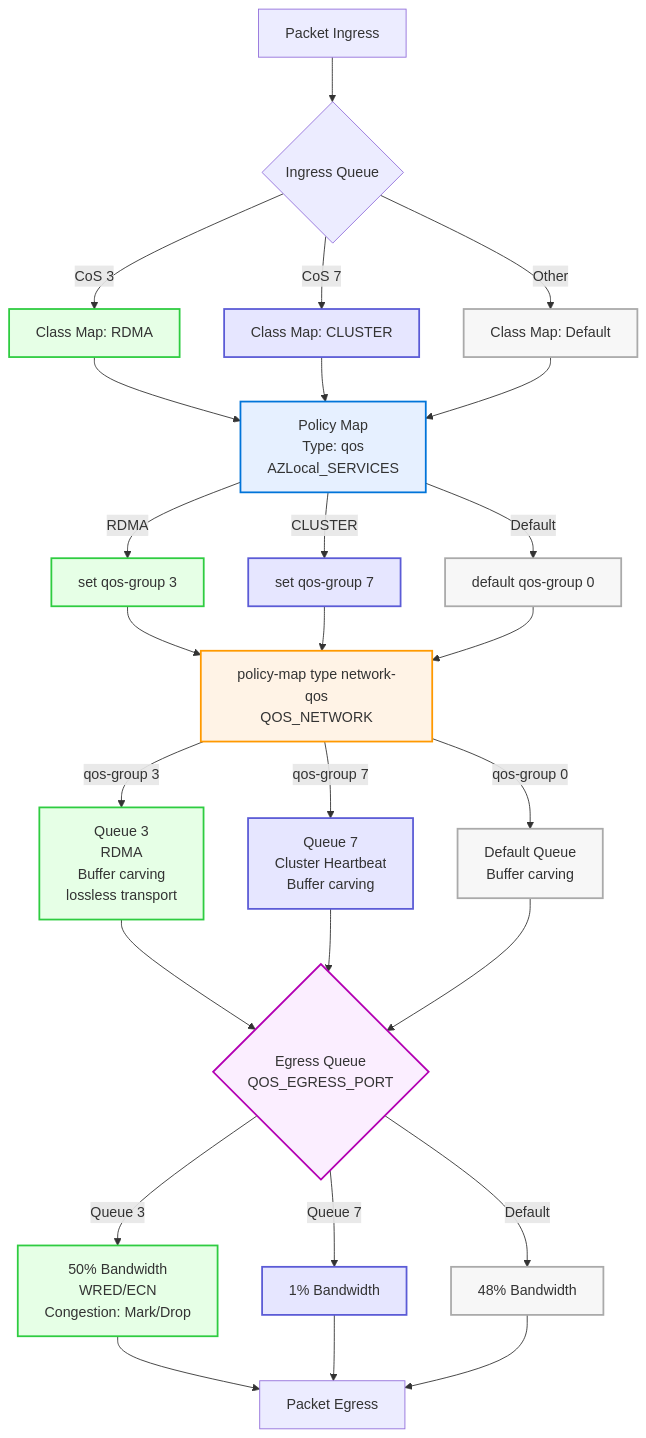
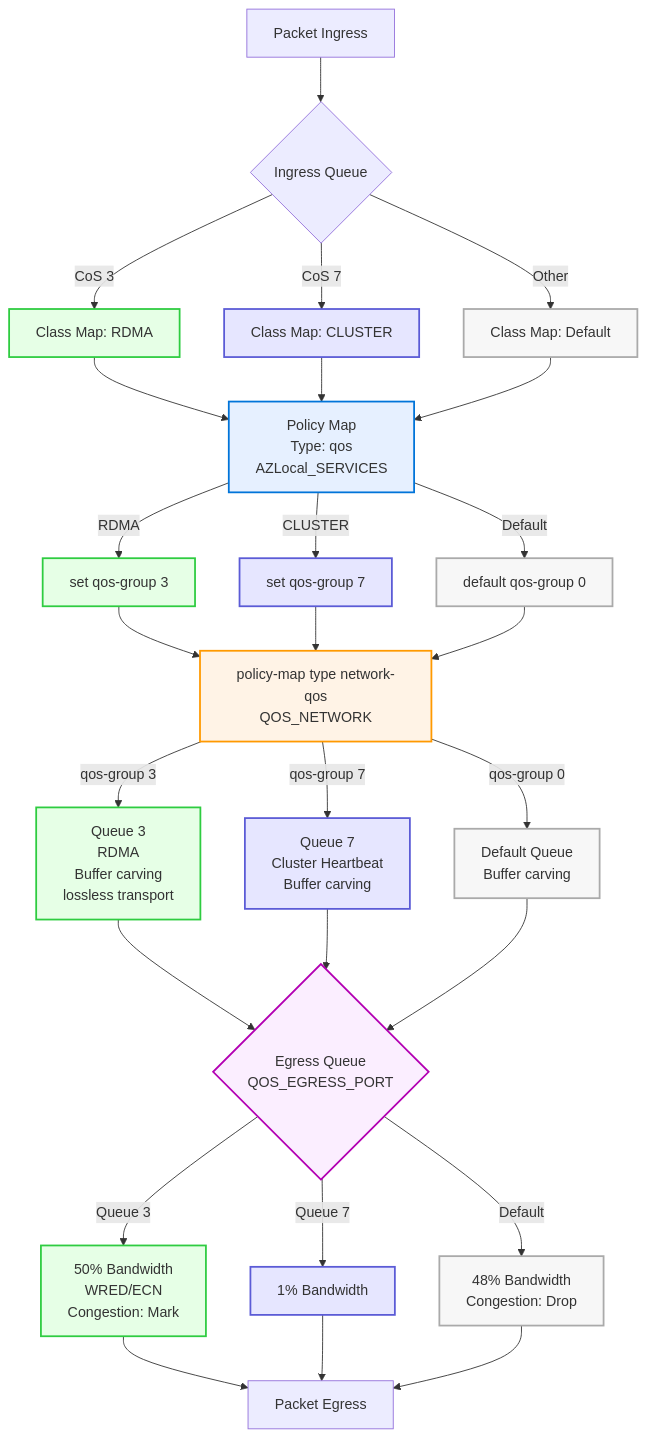
Before and after one commit to Azure/AzureLocal-Supportability: the diagram in TSG/Networking/qos.md, drawn with Mermaid.

Commit message:
Update QoS flowchart to clarify congestion management for Queue 3 and Default class

````diff
--- a/TSG/Networking/qos.md
+++ b/TSG/Networking/qos.md
@@ -5,43 +5,43 @@
 ```mermaid
 flowchart TD
   A[Packet Ingress]:::ingress --> B{Ingress Queue}:::ingressqueue
   B -- CoS 3 --> C[Class Map: RDMA]:::cos3
   B -- CoS 7 --> D[Class Map: CLUSTER]:::cos7
   B -- Other --> E[Class Map: Default]:::defaultclass
 
   C --> F[Policy Map<br>Type: qos<br>AZLocal_SERVICES]:::qosmap
   D --> F
   E --> F
 
   F -- RDMA --> F3[set qos-group 3]:::cos3
   F -- CLUSTER --> G7[set qos-group 7]:::cos7
   F -- Default --> H0[default qos-group 0]:::defaultclass
 
   F3 --> X[policy-map type network-qos<br>QOS_NETWORK]:::networkqos
   G7 --> X
   H0 --> X
 
   X -- qos-group 3 --> J[Queue 3<br>RDMA<br>Buffer carving<br>lossless transport]:::cos3
   X -- qos-group 7 --> K[Queue 7<br>Cluster Heartbeat<br>Buffer carving]:::cos7
   X -- qos-group 0 --> L[Default Queue<br>Buffer carving]:::defaultclass
 
   J --> M{Egress Queue<br>QOS_EGRESS_PORT}:::egressqueue
   K --> M
   L --> M
 
-  M -- Queue 3 --> N[50% Bandwidth<br>WRED/ECN<br>Congestion: Mark/Drop]:::cos3
+  M -- Queue 3 --> N[50% Bandwidth<br>WRED/ECN<br>Congestion: Mark]:::cos3
   M -- Queue 7 --> O[1% Bandwidth]:::cos7
-  M -- Default --> P[48% Bandwidth]:::defaultclass
+  M -- Default --> P[48% Bandwidth<br>Congestion: Drop]:::defaultclass
 
   N --> Q[Packet Egress]
   O --> Q
   P --> Q
 
   %% Annotations
   classDef cos3 fill:#e6ffe6,stroke:#2ecc40,stroke-width:2px;
   classDef cos7 fill:#e6e6ff,stroke:#5b5bd6,stroke-width:2px;
   classDef defaultclass fill:#f7f7f7,stroke:#aaaaaa,stroke-width:2px;
   classDef networkqos fill:#fff3e6,stroke:#ff9900,stroke-width:2px;
   classDef qosmap fill:#e6f0ff,stroke:#0074d9,stroke-width:2px;
   classDef egressqueue fill:#fbeeff,stroke:#b300b3,stroke-width:2px;
 ```
````
